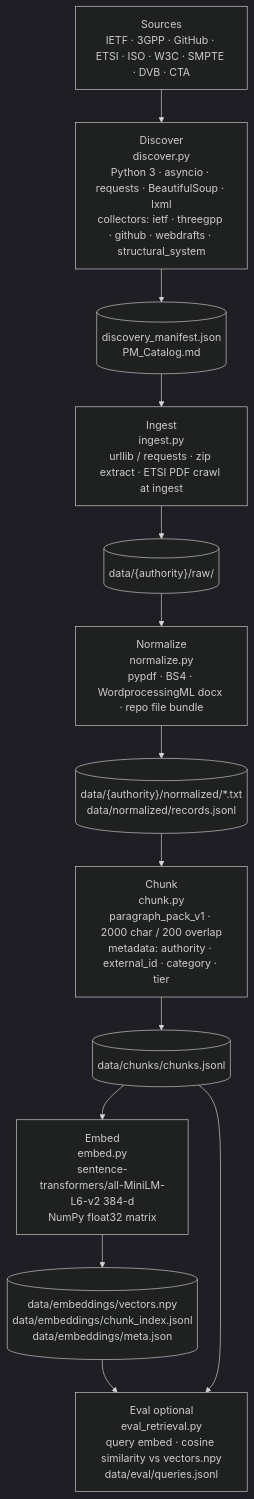
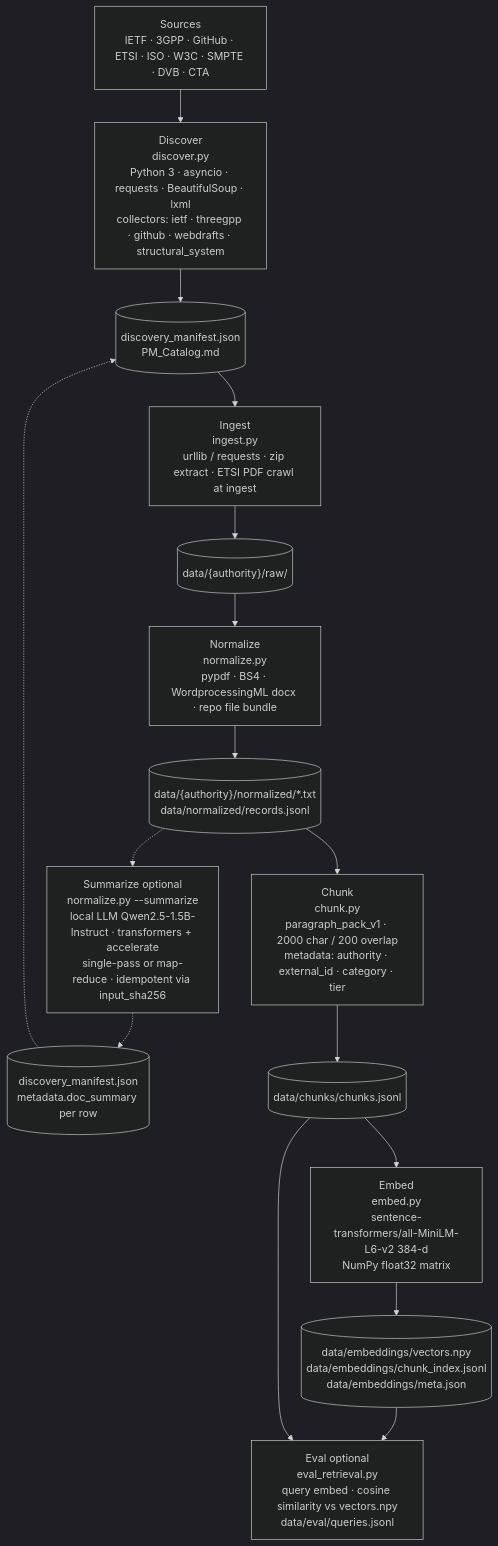
One commit to GaliDev/vspp-rag changed the diagram in POC_DIAGRAM.md. Above: the diagram before and after it, drawn with Mermaid (dark theme). The commit also changed other lines of this file and 15 other files, not shown here.

First line of the commit message:
Add local LLM summarization, doc-summary router, and class presentation.

````diff
--- a/POC_DIAGRAM.md
+++ b/POC_DIAGRAM.md
@@ -7,39 +9,46 @@
 ```mermaid
 flowchart TB
     Sources["Sources<br/>IETF · 3GPP · GitHub · ETSI · ISO · W3C · SMPTE · DVB · CTA"]
 
     Discover["Discover<br/>discover.py<br/>Python 3 · asyncio · requests · BeautifulSoup · lxml<br/>collectors: ietf · threegpp · github · webdrafts · structural_system"]
 
     Manifest[("discovery_manifest.json<br/>PM_Catalog.md")]
 
     Ingest["Ingest<br/>ingest.py<br/>urllib / requests · zip extract · ETSI PDF crawl at ingest"]
 
     Raw[("data/{authority}/raw/")]
 
     Normalize["Normalize<br/>normalize.py<br/>pypdf · BS4 · WordprocessingML docx · repo file bundle"]
 
     Text[("data/{authority}/normalized/*.txt<br/>data/normalized/records.jsonl")]
+
+    Summarize["Summarize optional<br/>normalize.py --summarize<br/>local LLM Qwen2.5-1.5B-Instruct · transformers + accelerate<br/>single-pass or map-reduce · idempotent via input_sha256"]
+
+    SummaryMeta[("discovery_manifest.json<br/>metadata.doc_summary per row")]
 
     Chunk["Chunk<br/>chunk.py<br/>paragraph_pack_v1 · 2000 char / 200 overlap<br/>metadata: authority · external_id · category · tier"]
 
     Chunks[("data/chunks/chunks.jsonl")]
 
     Embed["Embed<br/>embed.py<br/>sentence-transformers/all-MiniLM-L6-v2 384-d<br/>NumPy float32 matrix"]
 
     Vectors[("data/embeddings/vectors.npy<br/>data/embeddings/chunk_index.jsonl<br/>data/embeddings/meta.json")]
 
     Eval["Eval optional<br/>eval_retrieval.py<br/>query embed · cosine similarity vs vectors.npy<br/>data/eval/queries.jsonl"]
 
     Sources --> Discover
     Discover --> Manifest
     Manifest --> Ingest
     Ingest --> Raw
     Raw --> Normalize
     Normalize --> Text
+    Text -.-> Summarize
+    Summarize -.-> SummaryMeta
+    SummaryMeta -.-> Manifest
     Text --> Chunk
     Chunk --> Chunks
     Chunks --> Embed
     Embed --> Vectors
     Vectors --> Eval
     Chunks --> Eval
 ```
````
